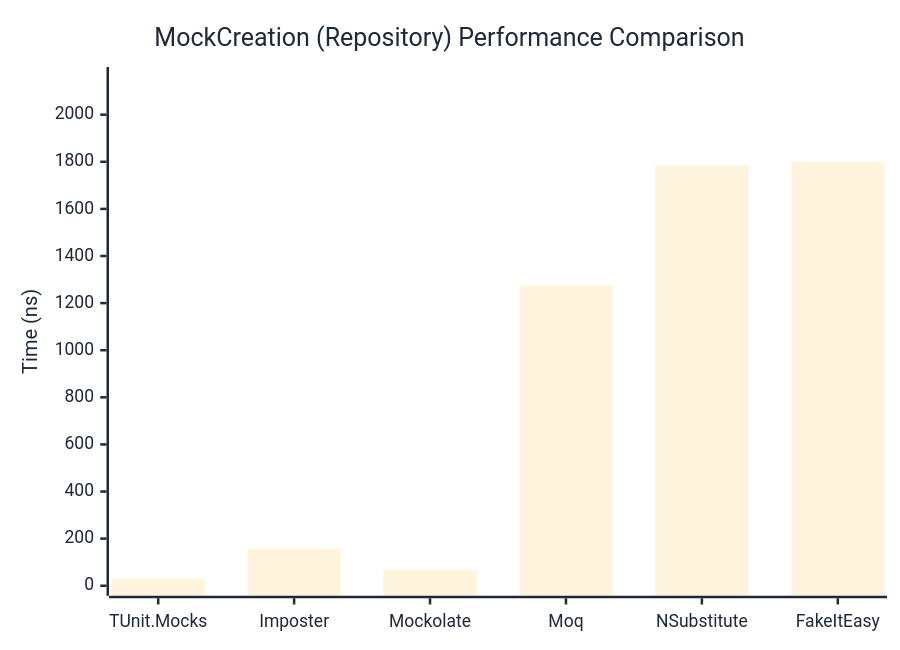
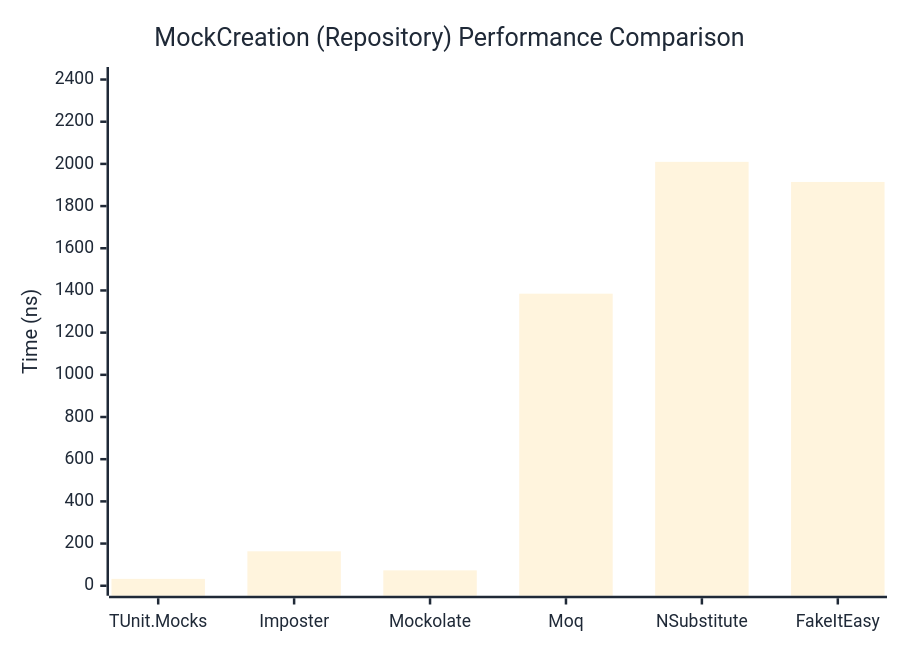
One commit to thomhurst/TUnit changed the second of 2 diagrams in docs/docs/benchmarks/mocks/MockCreation.md. Above: the diagram before and after it, drawn with Mermaid. The commit also changed other lines of this file and 14 other files, not shown here.

````diff
--- a/docs/docs/benchmarks/mocks/MockCreation.md
+++ b/docs/docs/benchmarks/mocks/MockCreation.md
@@ -71,27 +71,27 @@
 ```mermaid
 %%{init: {
   'theme':'base',
   'themeVariables': {
     'primaryColor': '#2563eb',
     'primaryTextColor': '#1f2937',
     'primaryBorderColor': '#1e40af',
     'lineColor': '#6b7280',
     'secondaryColor': '#7c3aed',
     'tertiaryColor': '#dc2626',
     'background': '#ffffff',
     'pie1': '#2563eb',
     'pie2': '#7c3aed',
     'pie3': '#dc2626',
     'pie4': '#f59e0b',
     'pie5': '#10b981',
     'pie6': '#06b6d4',
     'pie7': '#ec4899',
     'pie8': '#6366f1'
   }
 }}%%
 xychart-beta
   title "MockCreation (Repository) Performance Comparison"
   x-axis ["TUnit.Mocks", "Imposter", "Mockolate", "Moq", "NSubstitute", "FakeItEasy"]
-  y-axis "Time (ns)" 0 --> 2160
-  bar [30.17, 158.55, 67.25, 1276.01, 1783.07, 1800]
+  y-axis "Time (ns)" 0 --> 2412
+  bar [32.57, 163.32, 72.96, 1384.69, 2009.77, 1914.33]
 ```
````
